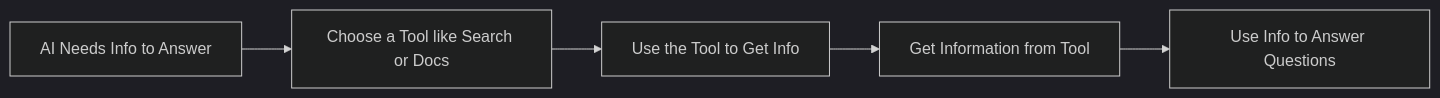
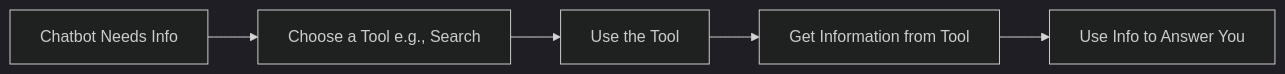
One commit to kanad13/Agentic-AI changed the third of 4 diagrams in readme.md. Above: the diagram before and after it, drawn with Mermaid (dark theme). The commit also changed other lines of this file and 3 other files, not shown here.

````diff
--- a/readme.md
+++ b/readme.md
@@ -90,7 +99,7 @@
 ```mermaid
 graph LR
-    A[AI Needs Info to Answer] --> B[Choose a Tool like Search or Docs];
-    B --> C[Use the Tool to Get Info];
+    A[Chatbot Needs Info] --> B[Choose a Tool e.g., Search];
+    B --> C[Use the Tool];
     C --> D[Get Information from Tool];
-    D --> E[Use Info to Answer Questions];
+    D --> E[Use Info to Answer You];
 ```
````
